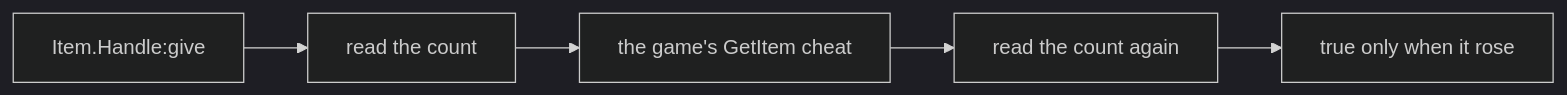
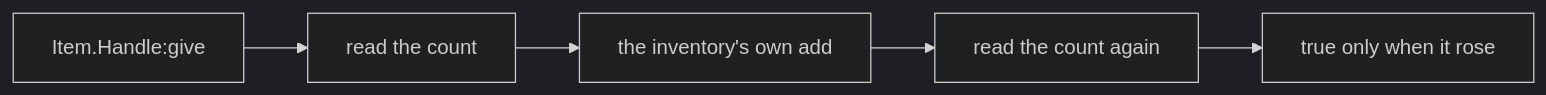
Before and after one commit to dr-mikan/PalForge: the fourth of 5 diagrams in docs/content/docs/api/item.ja.mdx, drawn with Mermaid (dark theme). The commit also changed other lines of this file and 36 other files, not shown here.

````diff
--- a/docs/content/docs/api/item.ja.mdx
+++ b/docs/content/docs/api/item.ja.mdx
@@ -403,7 +403,7 @@
 ```mermaid
 flowchart LR
   A["Item.Handle:give"] --> B["read the count"]
-  B --> C["the game's GetItem cheat"]
+  B --> C["the inventory's own add"]
   C --> D["read the count again"]
   D --> E["true only when it rose"]
 ```
````
